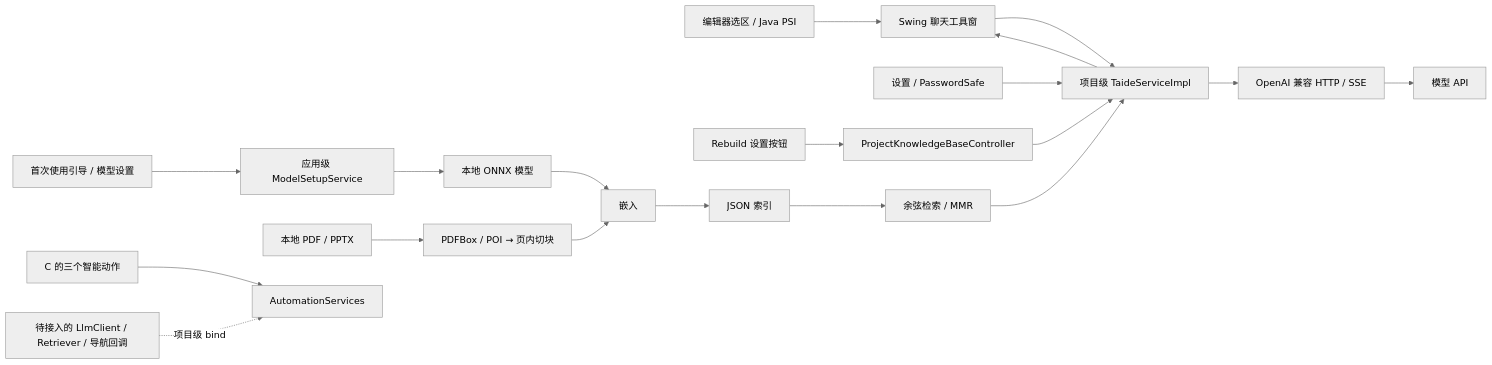
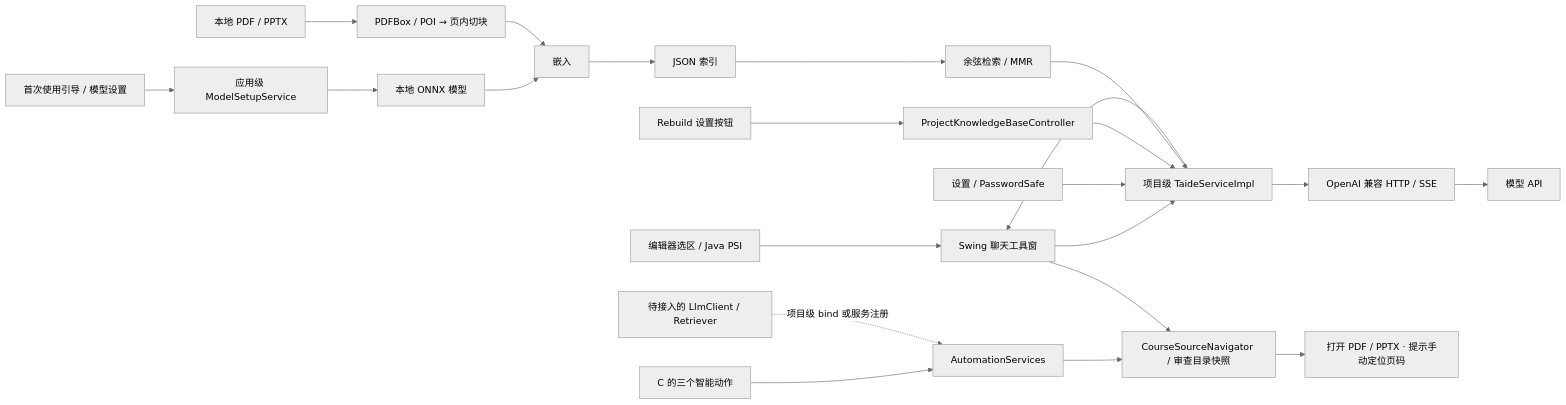
The diagram in README.md (Keith-hq/taide), drawn with Mermaid (neutral theme) before and after one commit. The commit also changed other lines of this file and 9 other files, not shown here.

Commit message:
feat(b): wire course review source navigation

````diff
--- a/README.md
+++ b/README.md
@@ -73,15 +94,18 @@
 ```mermaid
 flowchart LR
     UI["Swing 聊天工具窗"] --> SVC["项目级 TaideServiceImpl"]
     CTX["编辑器选区 / Java PSI"] --> UI
     SETTINGS["设置 / PasswordSafe"] --> SVC
     SETUP["首次使用引导 / 模型设置"] --> MODELSETUP["应用级 ModelSetupService"] --> MODEL
     REBUILD["Rebuild 设置按钮"] --> ADAPTER["ProjectKnowledgeBaseController"] --> SVC
     MAT["本地 PDF / PPTX"] --> ING["PDFBox / POI → 页内切块"]
     MODEL["本地 ONNX 模型"] --> EMB["嵌入"]
     ING --> EMB --> IDX["JSON 索引"] --> RET["余弦检索 / MMR"]
     RET --> SVC --> LLM["OpenAI 兼容 HTTP / SSE"] --> API["模型 API"]
     SVC --> UI
     ACT["C 的三个智能动作"] --> AUTO["AutomationServices"]
-    BIND["待接入的 LlmClient / Retriever / 导航回调"] -. "项目级 bind" .-> AUTO
+    BIND["待接入的 LlmClient / Retriever"] -. "项目级 bind 或服务注册" .-> AUTO
+    AUTO --> NAV["CourseSourceNavigator / 审查目录快照"]
+    UI --> NAV
+    NAV --> FILE["打开 PDF / PPTX · 提示手动定位页码"]
 ```
````
